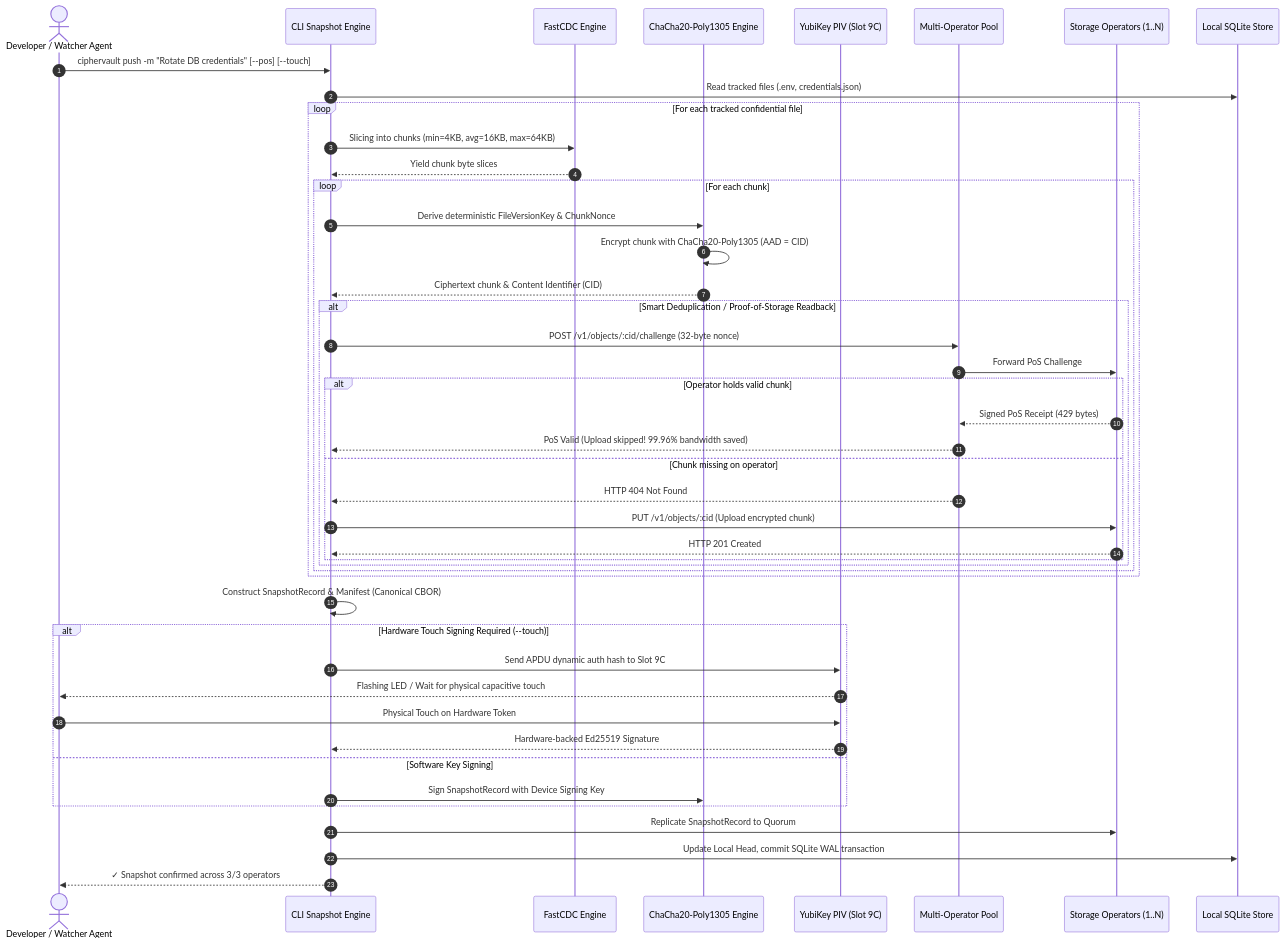
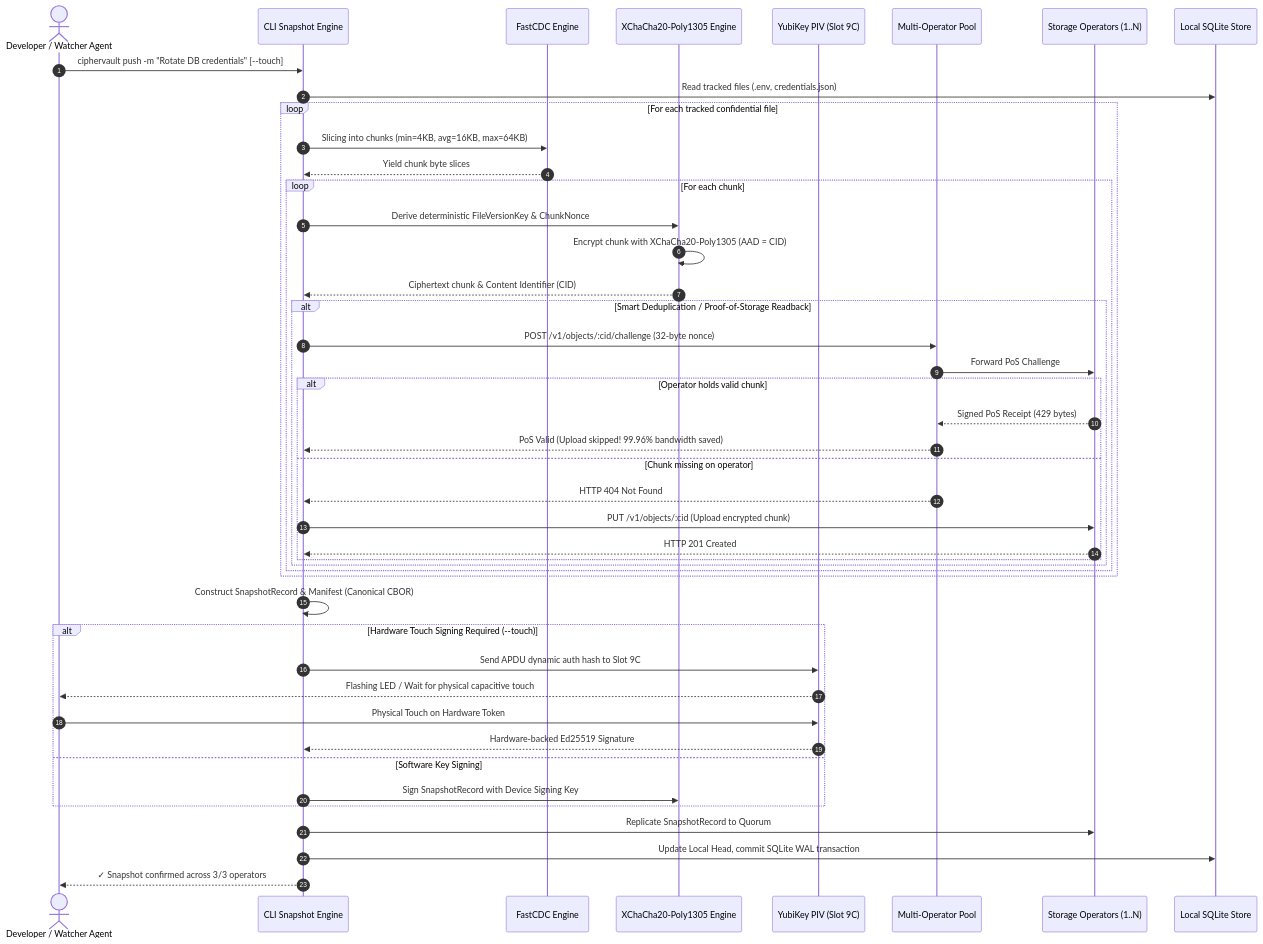
The fourth of 14 diagrams in docs/SYSTEM_WORKFLOW.md (samuel-1-avson/CipherVault), drawn with Mermaid before and after one commit. The commit also changed other lines of this file and 85 other files, not shown here.

First line of the commit message:
feat: complete system audit backlog (P1 schema battery, P2 fixes, Phase 4 gates, docs)

````diff
--- a/docs/SYSTEM_WORKFLOW.md
+++ b/docs/SYSTEM_WORKFLOW.md
@@ -222,53 +222,53 @@
 ```mermaid
 sequenceDiagram
     autonumber
     actor Dev as Developer / Watcher Agent
     participant CLI as CLI Snapshot Engine
     participant CDC as FastCDC Engine
-    participant AEAD as ChaCha20-Poly1305 Engine
+    participant AEAD as XChaCha20-Poly1305 Engine
     participant HSM as YubiKey PIV (Slot 9C)
     participant Pool as Multi-Operator Pool
     participant Ops as Storage Operators (1..N)
     participant Store as Local SQLite Store
 
-    Dev->>CLI: ciphervault push -m "Rotate DB credentials" [--pos] [--touch]
+    Dev->>CLI: ciphervault push -m "Rotate DB credentials" [--touch]
     CLI->>Store: Read tracked files (.env, credentials.json)
     
     loop For each tracked confidential file
         CLI->>CDC: Slicing into chunks (min=4KB, avg=16KB, max=64KB)
         CDC-->>CLI: Yield chunk byte slices
         loop For each chunk
             CLI->>AEAD: Derive deterministic FileVersionKey & ChunkNonce
-            AEAD->>AEAD: Encrypt chunk with ChaCha20-Poly1305 (AAD = CID)
+            AEAD->>AEAD: Encrypt chunk with XChaCha20-Poly1305 (AAD = CID)
             AEAD-->>CLI: Ciphertext chunk & Content Identifier (CID)
             
             alt Smart Deduplication / Proof-of-Storage Readback
                 CLI->>Pool: POST /v1/objects/:cid/challenge (32-byte nonce)
                 Pool->>Ops: Forward PoS Challenge
                 alt Operator holds valid chunk
                     Ops-->>Pool: Signed PoS Receipt (429 bytes)
                     Pool-->>CLI: PoS Valid (Upload skipped! 99.96% bandwidth saved)
                 else Chunk missing on operator
                     Pool-->>CLI: HTTP 404 Not Found
                     CLI->>Ops: PUT /v1/objects/:cid (Upload encrypted chunk)
                     Ops-->>CLI: HTTP 201 Created
                 end
             end
         end
     end
 
     CLI->>CLI: Construct SnapshotRecord & Manifest (Canonical CBOR)
     
     alt Hardware Touch Signing Required (--touch)
         CLI->>HSM: Send APDU dynamic auth hash to Slot 9C
         HSM-->>Dev: Flashing LED / Wait for physical capacitive touch
         Dev->>HSM: Physical Touch on Hardware Token
         HSM-->>CLI: Hardware-backed Ed25519 Signature
     else Software Key Signing
         CLI->>AEAD: Sign SnapshotRecord with Device Signing Key
     end
 
     CLI->>Ops: Replicate SnapshotRecord to Quorum
     CLI->>Store: Update Local Head, commit SQLite WAL transaction
     CLI-->>Dev: ✓ Snapshot confirmed across 3/3 operators
 ```
````
